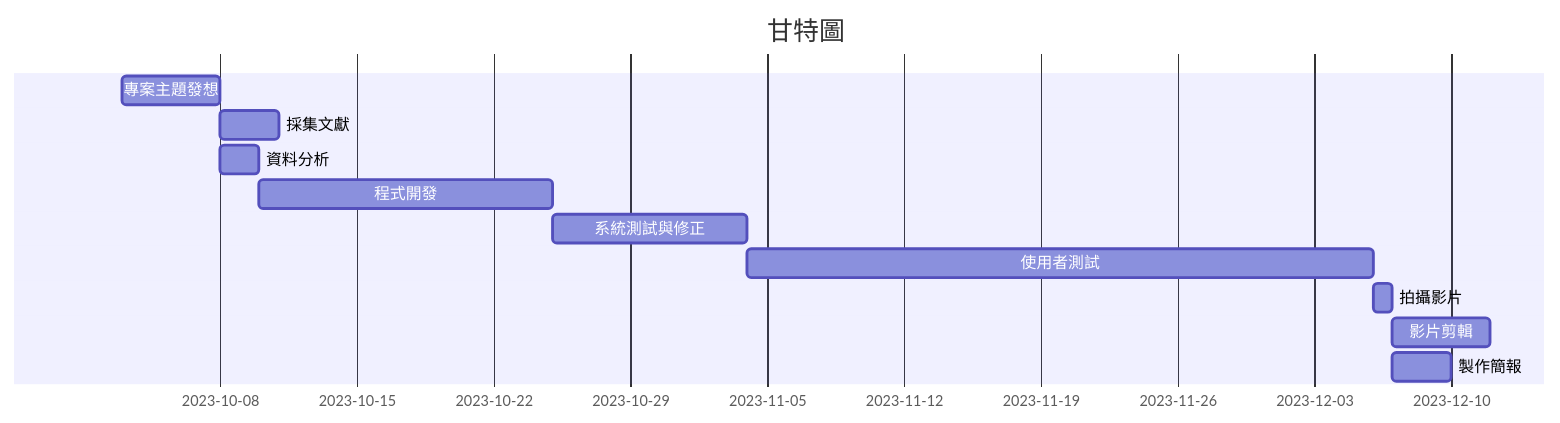
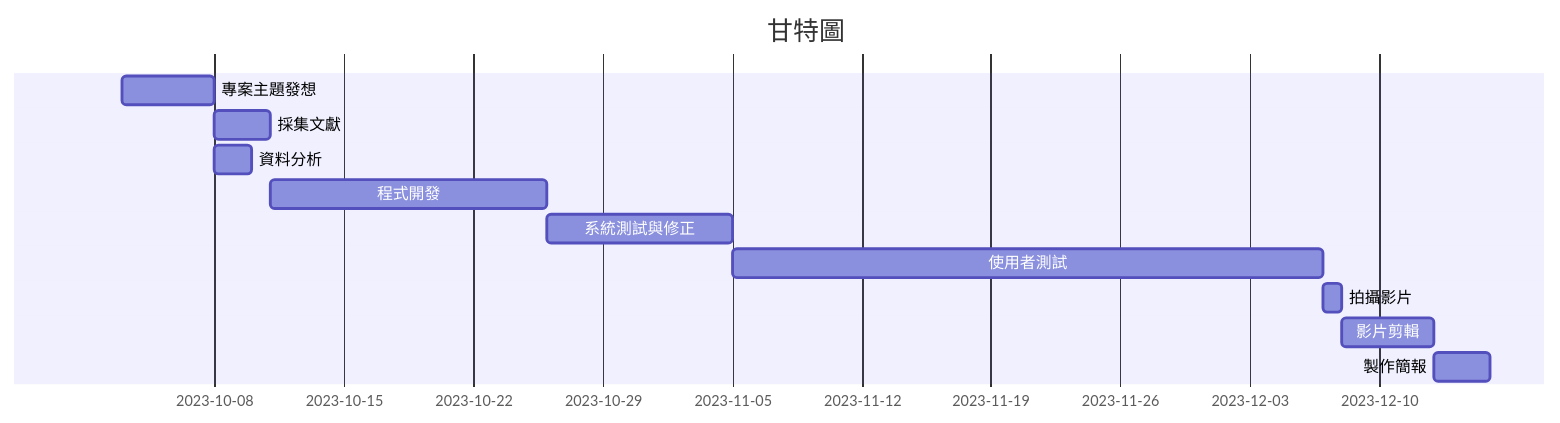
Before and after one commit to kungchieh/group_9: the diagram in README.md, drawn with Mermaid.

````diff
--- a/README.md
+++ b/README.md
@@ -35,13 +35,13 @@
 ```mermaid
 gantt
     title 甘特圖
 　　專案主題發想     : a1 , 2023-10-03 , 5d
     採集文獻     : a2 , after a1 , 3d
     資料分析    : a3 , after a1 , 2d
-    程式開發     : a4 , after a3 , 15d
+    程式開發     : a4 , after a2 , 15d
     系統測試與修正     : a5 , after a4 , 10d
-     使用者測試     : a6 , after a5 , 32d
+    使用者測試     : a6 , after a4 a5 , 32d
     拍攝影片     : a7 , after a6 , 1d
     影片剪輯   : a8 , after a7 ,5d
-    製作簡報   : a8 , after a7 ,3d
+    製作簡報   : a9 , after a8 ,3d
 ```
````
